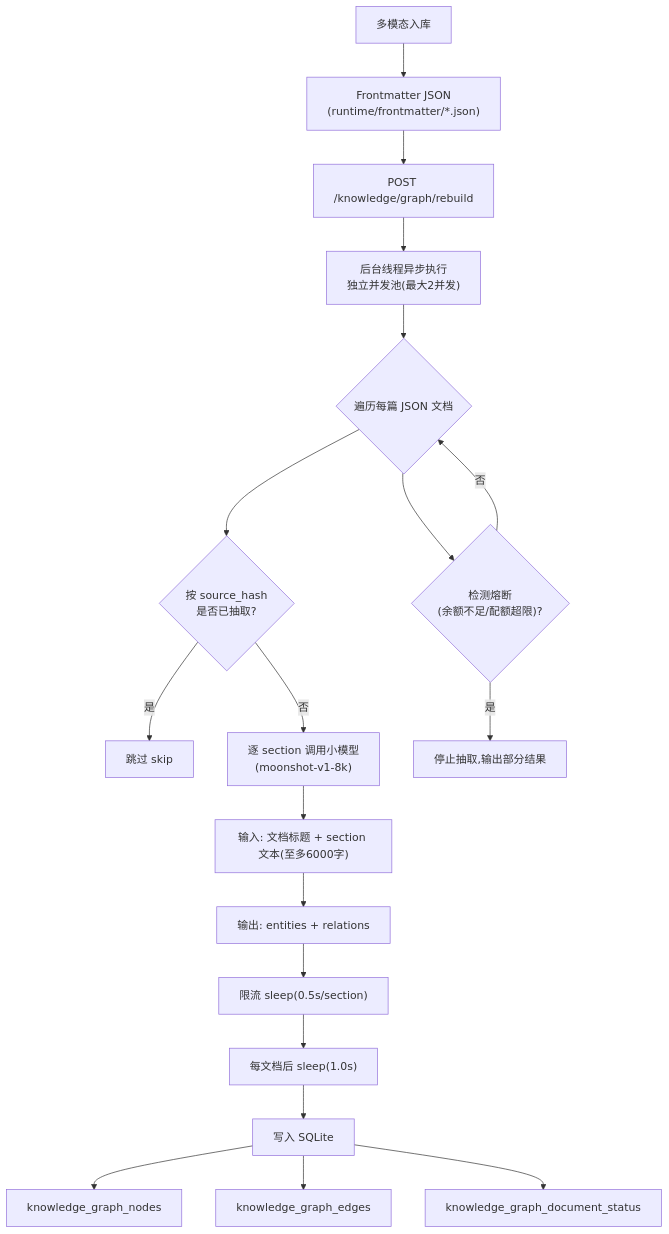
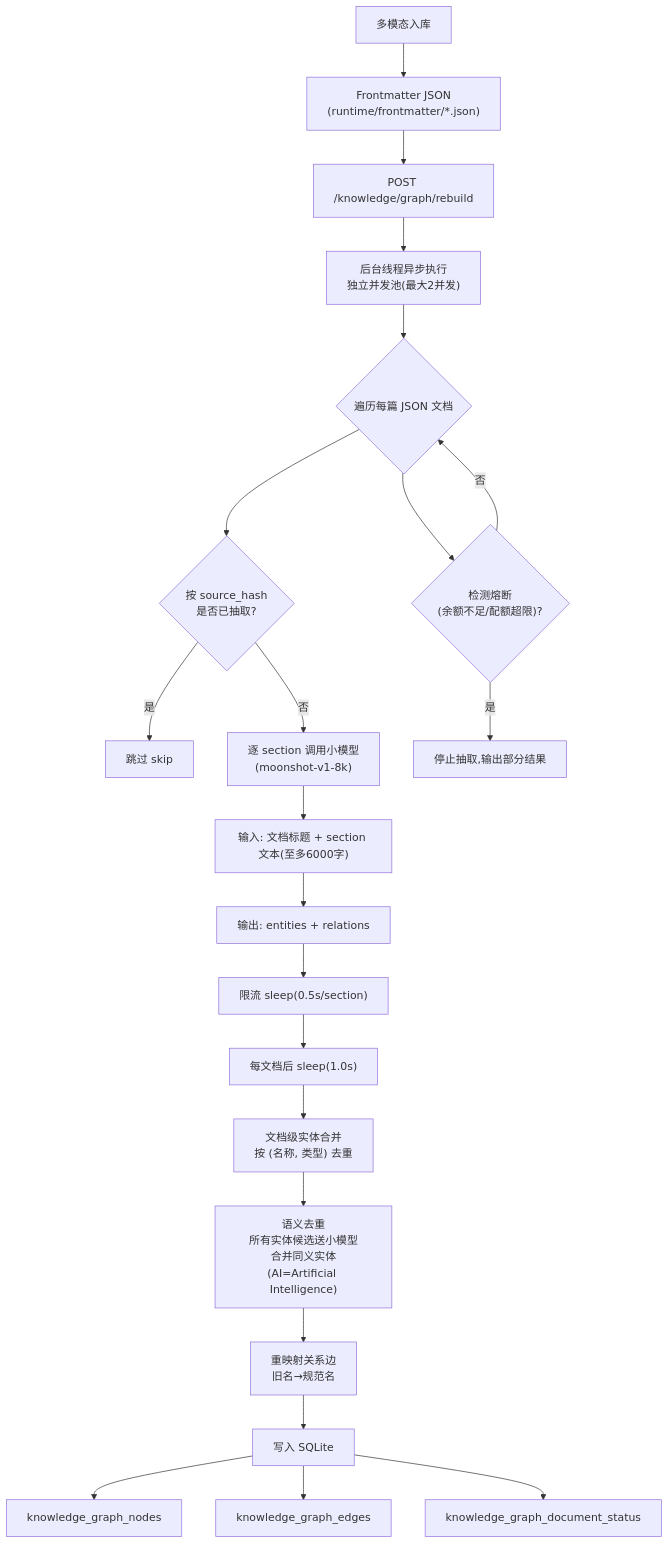
Before and after one commit to xiao-Huahuo/Agent-Core-Service: diagram 22 of 22 in README.md, drawn with Mermaid. The commit also changed other lines of this file and 5 other files, not shown here.

Commit message:
图谱去重

````diff
--- a/README.md
+++ b/README.md
@@ -964,22 +968,25 @@
 ```mermaid
 flowchart TD
     A["多模态入库"] --> B["Frontmatter JSON<br/>(runtime/frontmatter/*.json)"]
     B --> C["POST /knowledge/graph/rebuild"]
     C --> D["后台线程异步执行<br/>独立并发池(最大2并发)"]
     D --> E{"遍历每篇 JSON 文档"}
     E --> F{"按 source_hash<br/>是否已抽取?"}
     F -->|"是"| G["跳过 skip"]
     F -->|"否"| H["逐 section 调用小模型<br/>(moonshot-v1-8k)"]
     H --> I["输入: 文档标题 + section 文本(至多6000字)"]
     I --> J["输出: entities + relations"]
     J --> K["限流 sleep(0.5s/section)"]
     K --> L["每文档后 sleep(1.0s)"]
-    L --> M["写入 SQLite"]
-    M --> N["knowledge_graph_nodes"]
-    M --> O["knowledge_graph_edges"]
-    M --> P["knowledge_graph_document_status"]
-    E --> Q{"检测熔断<br/>(余额不足/配额超限)?"}
-    Q -->|"是"| R["停止抽取,输出部分结果"]
-    Q -->|"否"| E
+    L --> M["文档级实体合并<br/>按 (名称, 类型) 去重"]
+    M --> N["语义去重<br/>所有实体候选送小模型<br/>合并同义实体(AI=Artificial Intelligence)"]
+    N --> O["重映射关系边<br/>旧名→规范名"]
+    O --> P["写入 SQLite"]
+    P --> Q["knowledge_graph_nodes"]
+    P --> R["knowledge_graph_edges"]
+    P --> S["knowledge_graph_document_status"]
+    E --> T{"检测熔断<br/>(余额不足/配额超限)?"}
+    T -->|"是"| U["停止抽取,输出部分结果"]
+    T -->|"否"| E
 
 ```
````
